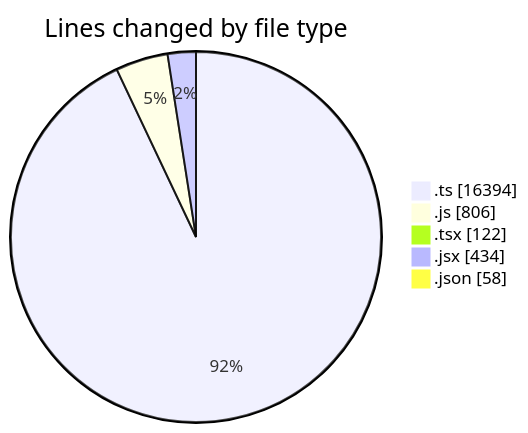
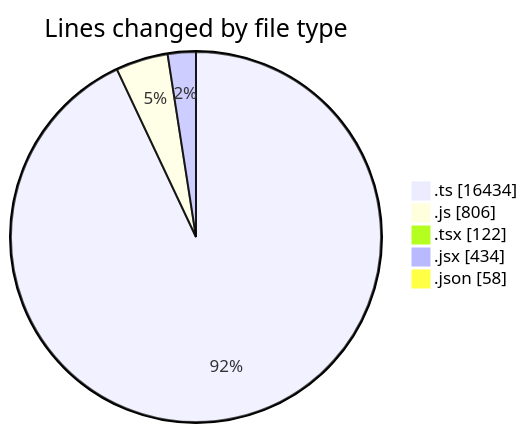
The first of 2 diagrams in 2025-11-12/cda/README.md (momahboobian/code-tracking), drawn with Mermaid before and after one commit. The commit also changed other lines of this file and 1 other file, not shown here.

````diff
--- a/2025-11-12/cda/README.md
+++ b/2025-11-12/cda/README.md
@@ -34,9 +34,9 @@
 ```mermaid
 pie showData
 title Lines changed by file type
-".ts" : 16394
+".ts" : 16434
 ".js" : 806
 ".tsx" : 122
 ".jsx" : 434
 ".json" : 58
 ```
````
